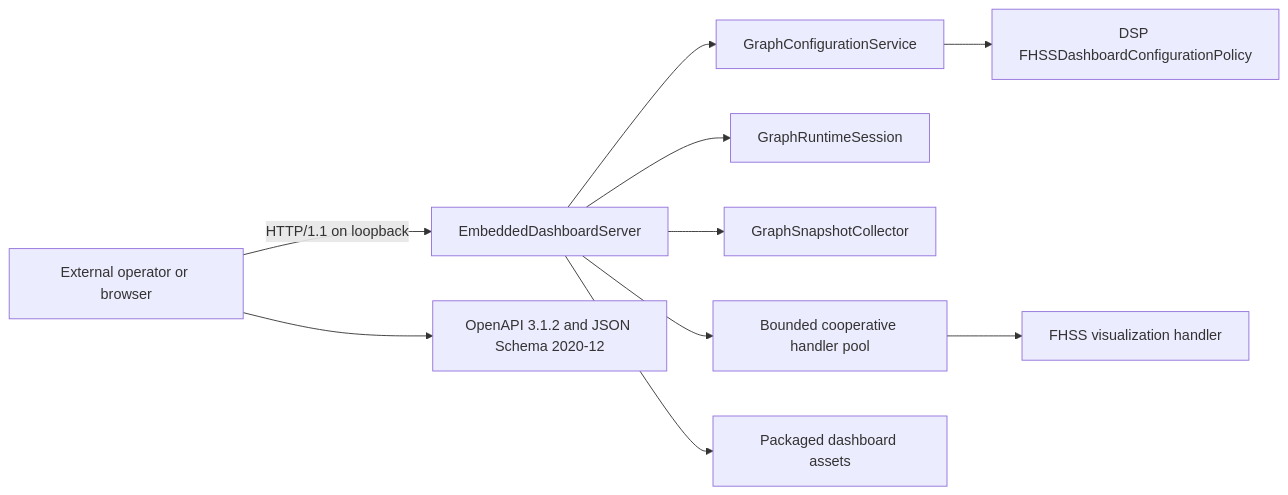
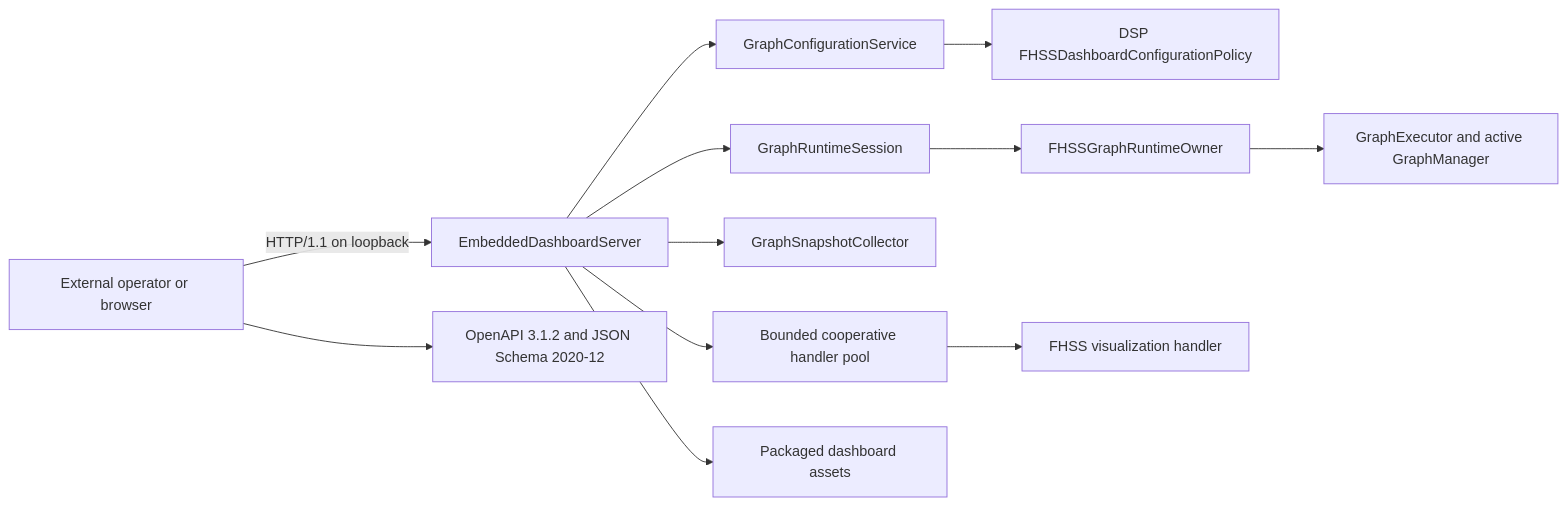
Before and after one commit to rklinkhammer/GraphX: the diagram in docs/graphx_dashboard.md, drawn with Mermaid. The commit also changed other lines of this file and 38 other files, not shown here.

````diff
--- a/docs/graphx_dashboard.md
+++ b/docs/graphx_dashboard.md
@@ -19,12 +27,14 @@
 ```mermaid
 flowchart LR
   Operator["External operator or browser"] -->|"HTTP/1.1 on loopback"| Server["EmbeddedDashboardServer"]
   Server --> Config["GraphConfigurationService"]
   Config --> Policy["DSP FHSSDashboardConfigurationPolicy"]
   Server --> Runtime["GraphRuntimeSession"]
+  Runtime --> Owner["FHSSGraphRuntimeOwner"]
+  Owner --> Executor["GraphExecutor and active GraphManager"]
   Server --> Snapshots["GraphSnapshotCollector"]
   Server --> Pool["Bounded cooperative handler pool"]
   Pool --> FHSS["FHSS visualization handler"]
   Server --> Assets["Packaged dashboard assets"]
   Operator --> Contracts["OpenAPI 3.1.2 and JSON Schema 2020-12"]
 ```
````
